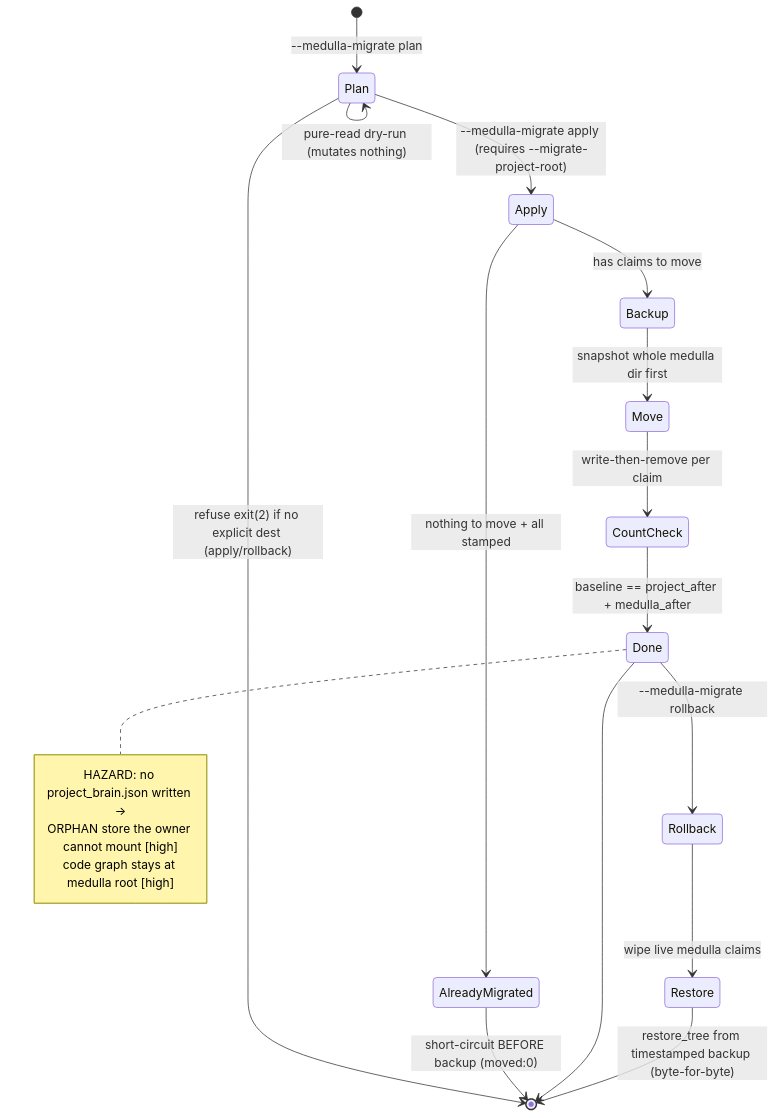
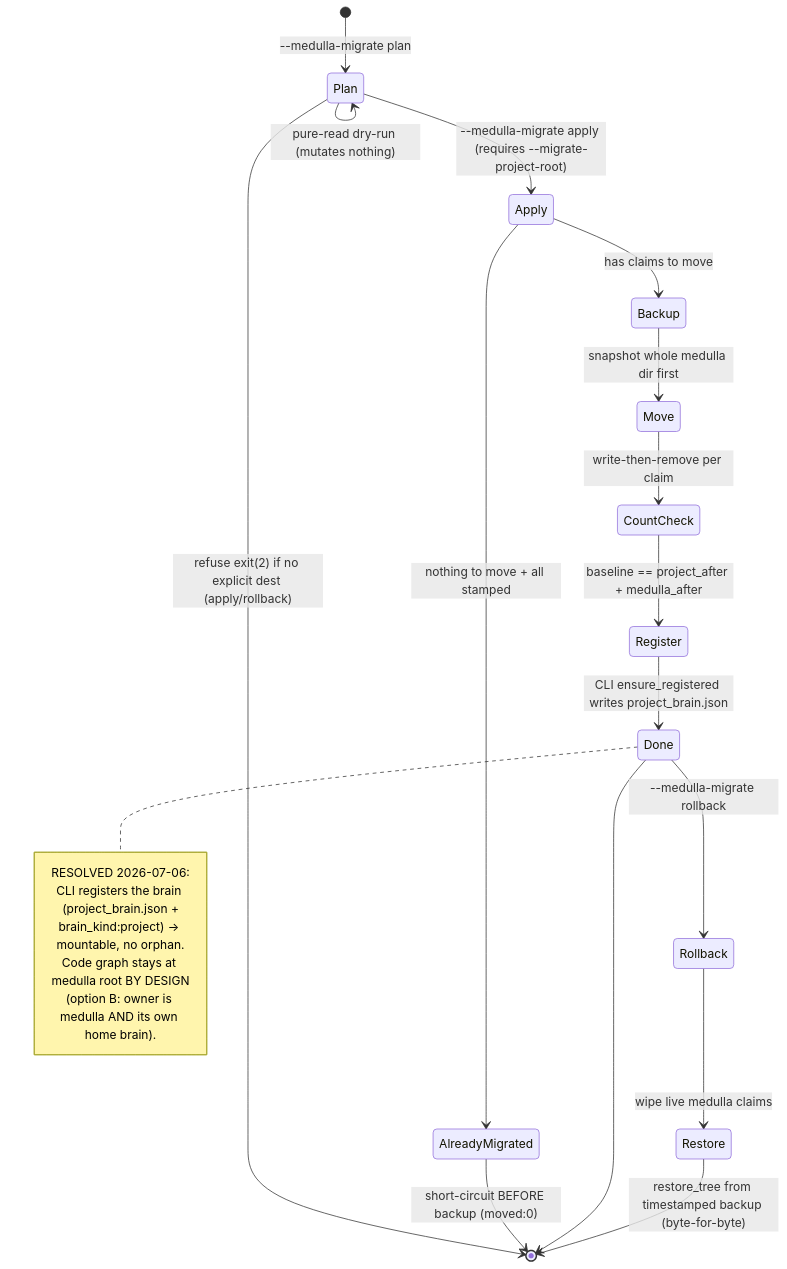
One commit to maxkle1nz/m1nd changed the fourth of 5 diagrams in docs/uml/medulla.md. Above: the diagram before and after it, drawn with Mermaid. The commit also changed other lines of this file and 2 other files, not shown here.

Commit message:
docs(medulla): close the M5a orphan-store + code-graph hazards in the atlas
Doc-gate for the LEVA 3-PREP fixes. MEDULLA-PRD §4.2 gains two
subsections: the destination-brain registration fix (ensure_registered
reuses the write_manifest birth path so apply no longer leaves an orphan
store) and the code-graph decision (option B, justified: the owner is
both the medulla and its own home brain, so the code graph stays at the
medulla root; option A is rejected as expensive/data-risky and deferred
post-M5). docs/uml/medulla.md marks both [high] gaps CLOSED, updates the
M5a state diagram note and the sheet header. docs/UML-ORGANISM.md §5
data-loss item #2 is rewritten to the true current state: the whole M5a
data-safety cluster (six REDs + these two architectural sub-notes) is
closed, classifier heuristics + restore_tree completeness the residual.

````diff
--- a/docs/uml/medulla.md
+++ b/docs/uml/medulla.md
@@ -172,24 +173,27 @@
 ```mermaid
 stateDiagram-v2
     [*] --> Plan : --medulla-migrate plan
     Plan --> Plan : pure-read dry-run (mutates nothing)
     Plan --> Apply : --medulla-migrate apply (requires --migrate-project-root)
     Plan --> [*] : refuse exit(2) if no explicit dest (apply/rollback)
 
     Apply --> AlreadyMigrated : nothing to move + all stamped
     AlreadyMigrated --> [*] : short-circuit BEFORE backup (moved:0)
     Apply --> Backup : has claims to move
     Backup --> Move : snapshot whole medulla dir first
     Move --> CountCheck : write-then-remove per claim
-    CountCheck --> Done : baseline == project_after + medulla_after
+    CountCheck --> Register : baseline == project_after + medulla_after
+    Register --> Done : CLI ensure_registered writes project_brain.json
     Note right of Done
-      HAZARD: no project_brain.json written ->
-      ORPHAN store the owner cannot mount [high]
-      code graph stays at medulla root [high]
+      RESOLVED 2026-07-06:
+      CLI registers the brain (project_brain.json +
+      brain_kind:project) -> mountable, no orphan.
+      Code graph stays at medulla root BY DESIGN
+      (option B: owner is medulla AND its own home brain).
     end note
     Done --> [*]
 
     Done --> Rollback : --medulla-migrate rollback
     Rollback --> Restore : wipe live medulla claims
     Restore --> [*] : restore_tree from timestamped backup (byte-for-byte)
 ```
````
